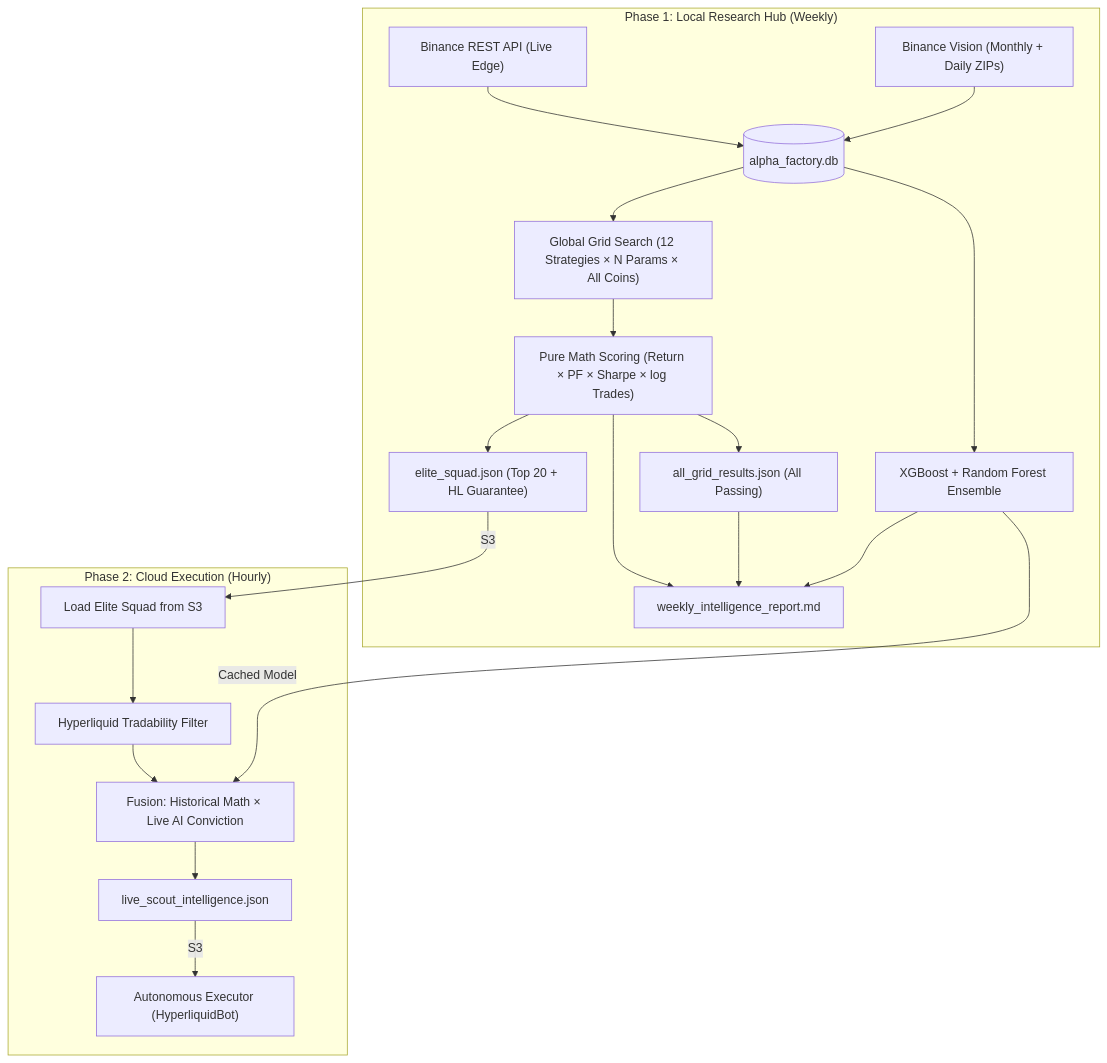
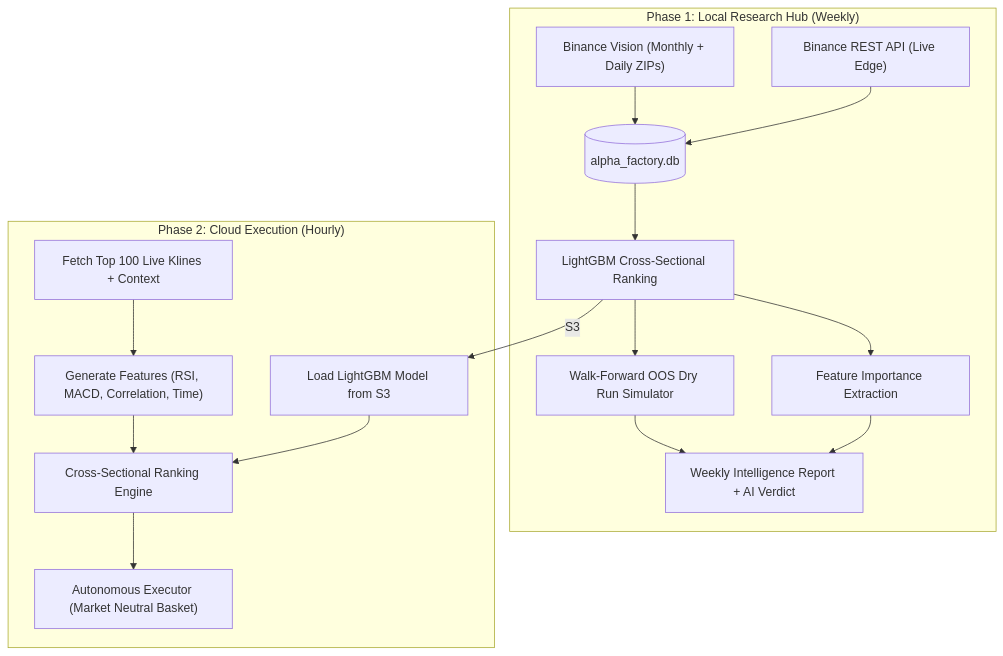
One commit to CnahtanoJ/alpha-factory changed the first of 2 diagrams in ARCHITECTURE.md. Above: the diagram before and after it, drawn with Mermaid. The commit also changed other lines of this file and 39 other files, not shown here.

````diff
--- a/ARCHITECTURE.md
+++ b/ARCHITECTURE.md
@@ -18,39 +18,33 @@
 ```mermaid
 graph TD
     subgraph "Phase 1: Local Research Hub (Weekly)"
         BV["Binance Vision (Monthly + Daily ZIPs)"]
         API["Binance REST API (Live Edge)"]
         DB[("alpha_factory.db")]
-        ENS["XGBoost + Random Forest Ensemble"]
-        GRID["Global Grid Search (12 Strategies × N Params × All Coins)"]
-        SCORE["Pure Math Scoring (Return × PF × Sharpe × log Trades)"]
-        ALL["all_grid_results.json (All Passing)"]
-        SQUAD["elite_squad.json (Top 20 + HL Guarantee)"]
-        REPORT["weekly_intelligence_report.md"]
+        LGBM["LightGBM Cross-Sectional Ranking"]
+        SIM["Walk-Forward OOS Dry Run Simulator"]
+        FEAT["Feature Importance Extraction"]
+        REPORT["Weekly Intelligence Report + AI Verdict"]
     end
 
     subgraph "Phase 2: Cloud Execution (Hourly)"
-        LOAD["Load Elite Squad from S3"]
-        FILTER["Hyperliquid Tradability Filter"]
-        FUSE["Fusion: Historical Math × Live AI Conviction"]
-        INTEL["live_scout_intelligence.json"]
-        BOT["Autonomous Executor (HyperliquidBot)"]
+        LOAD["Load LightGBM Model from S3"]
+        LIVE["Fetch Top 100 Live Klines + Context"]
+        FEATL["Generate Features (RSI, MACD, Correlation, Time)"]
+        RANK["Cross-Sectional Ranking Engine"]
+        BOT["Autonomous Executor (Market Neutral Basket)"]
     end
 
     BV --> DB
     API --> DB
-    DB --> ENS
-    DB --> GRID
-    ENS --> REPORT
-    GRID --> SCORE
-    SCORE --> ALL
-    SCORE --> SQUAD
-    ALL --> REPORT
-    SCORE --> REPORT
-    SQUAD -->|S3| LOAD
-    LOAD --> FILTER
-    ENS -->|Cached Model| FUSE
-    FILTER --> FUSE
-    FUSE --> INTEL
-    INTEL -->|S3| BOT
+    DB --> LGBM
+    LGBM --> SIM
+    LGBM --> FEAT
+    SIM --> REPORT
+    FEAT --> REPORT
+    LGBM -->|S3| LOAD
+    LIVE --> FEATL
+    FEATL --> RANK
+    LOAD --> RANK
+    RANK --> BOT
 ```
````
